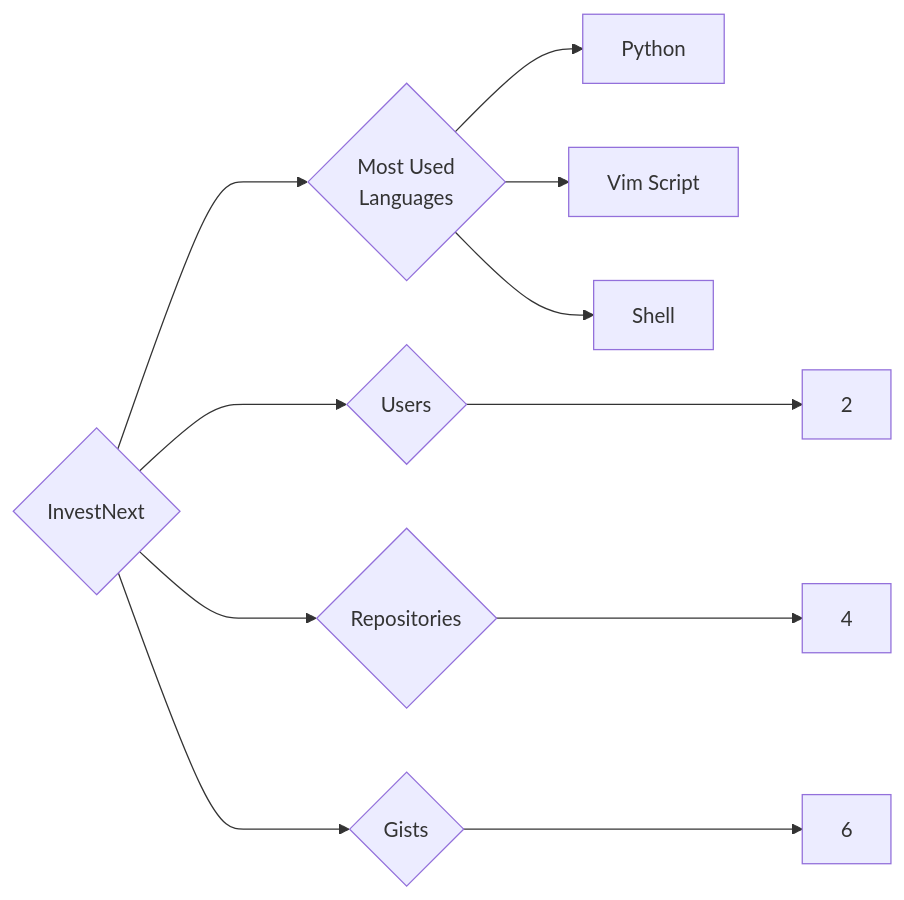
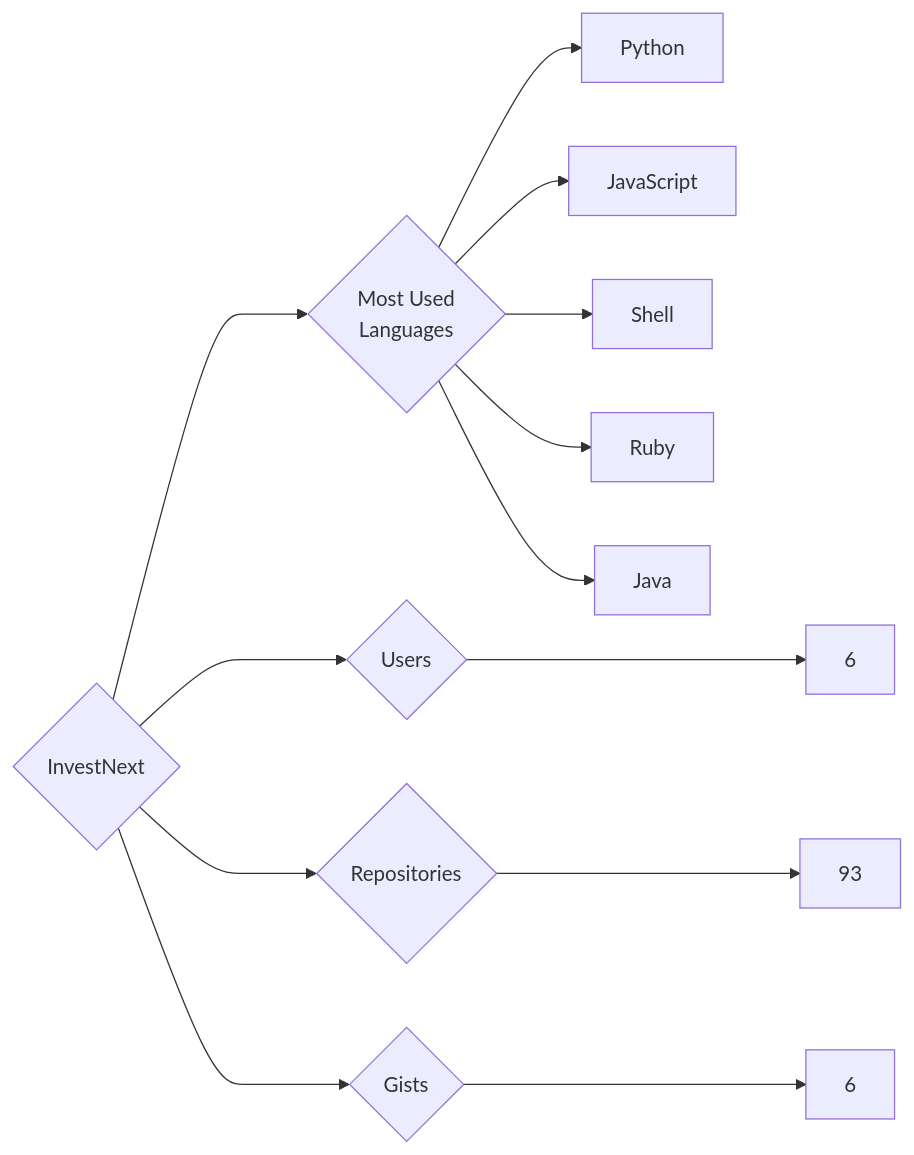
One commit to trickest/insiders changed the diagram in targets/InvestNext/README.md. Above: the diagram before and after it, drawn with Mermaid. The commit also changed 1314 other files, not shown here.

````diff
--- a/targets/InvestNext/README.md
+++ b/targets/InvestNext/README.md
@@ -3,11 +3,13 @@
 ```mermaid
 graph LR
 COMPANY_NAME{InvestNext}
-COMPANY_NAME ---> U{Users} ---> UN[2]
-COMPANY_NAME ---> R{Repositories} ---> RN[4]
+COMPANY_NAME ---> U{Users} ---> UN[6]
+COMPANY_NAME ---> R{Repositories} ---> RN[93]
 COMPANY_NAME ---> G{Gists} ---> GN[6]
 COMPANY_NAME ---> ML{Most Used<br>Languages}
 ML --> Python[Python]
-ML --> Vim_Script[Vim Script]
+ML --> JavaScript[JavaScript]
 ML --> Shell[Shell]
+ML --> Ruby[Ruby]
+ML --> Java[Java]
 ```
````
